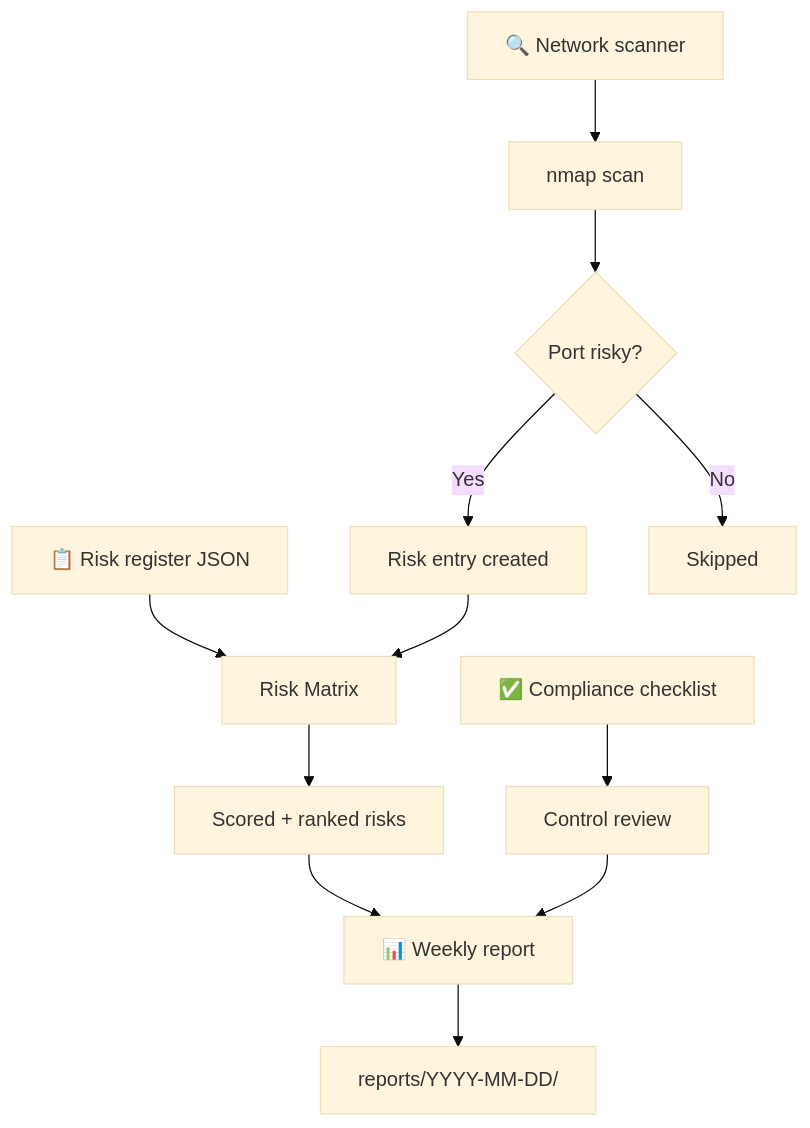
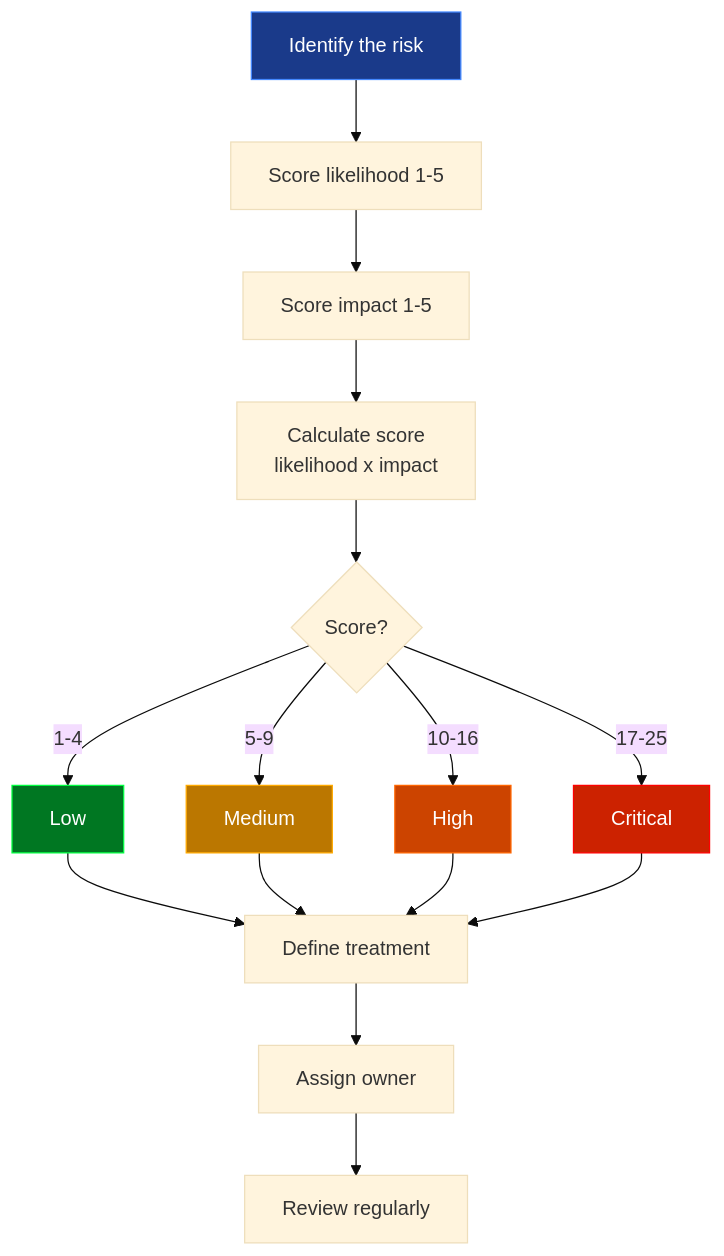
The second of 7 diagrams in README.md (Speed-boo3/grc-project), drawn with Mermaid (base theme) before and after one commit. The commit also changed other lines of this file, not shown here.

Commit message:
Major README update: educational GRC guide with animations and diagrams

````diff
--- a/README.md
+++ b/README.md
@@ -15,13 +87,20 @@
 ```mermaid
 flowchart TD
-    A[📋 Risk register JSON] --> B[Risk Matrix]
-    C[🔍 Network scanner] --> D[nmap scan]
-    D --> E{Port risky?}
-    E -->|Yes| F[Risk entry created]
-    E -->|No| G[Skipped]
-    F --> B
-    B --> H[Scored + ranked risks]
-    I[✅ Compliance checklist] --> J[Control review]
-    H & J --> K[📊 Weekly report]
-    K --> L[reports/YYYY-MM-DD/]
+    A[Identify the risk] --> B[Score likelihood 1-5]
+    B --> C[Score impact 1-5]
+    C --> D[Calculate score\nlikelihood x impact]
+    D --> E{Score?}
+    E -->|1-4| F[Low]
+    E -->|5-9| G[Medium]
+    E -->|10-16| H[High]
+    E -->|17-25| I[Critical]
+    F & G & H & I --> J[Define treatment]
+    J --> K[Assign owner]
+    K --> L[Review regularly]
+
+    style F fill:#007722,stroke:#00ff41,color:#ffffff
+    style G fill:#bb7700,stroke:#ffaa00,color:#ffffff
+    style H fill:#cc4400,stroke:#ff6600,color:#ffffff
+    style I fill:#cc2200,stroke:#ff0000,color:#ffffff
+    style A fill:#1a3a8a,stroke:#4488ff,color:#ffffff
 ```
````
